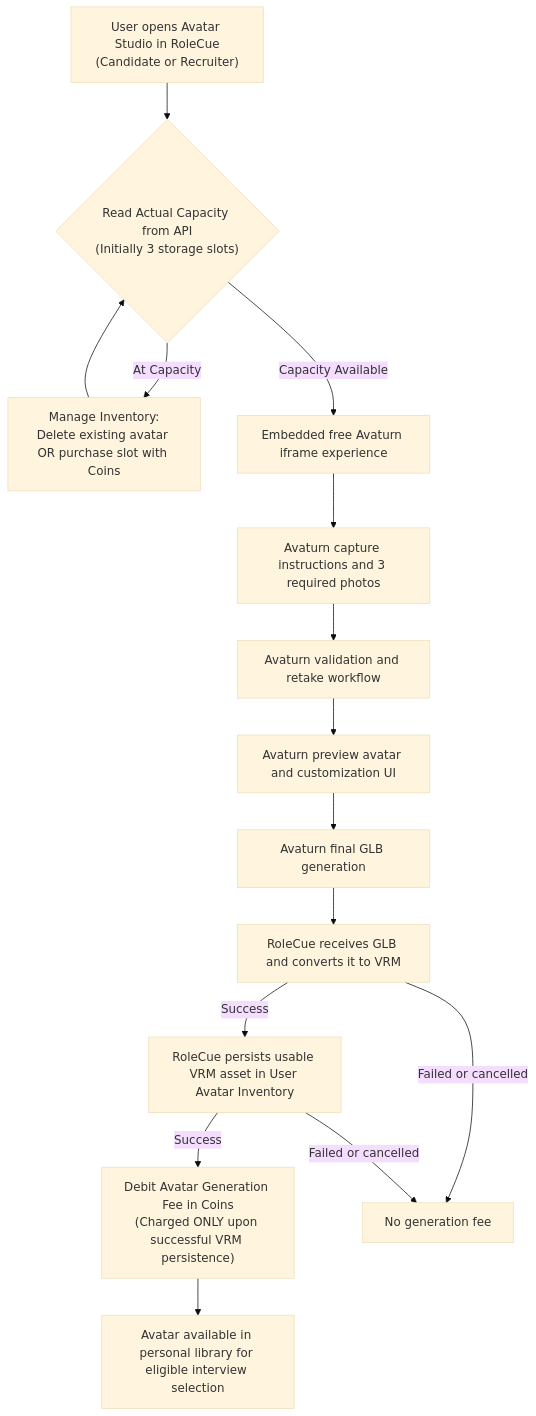
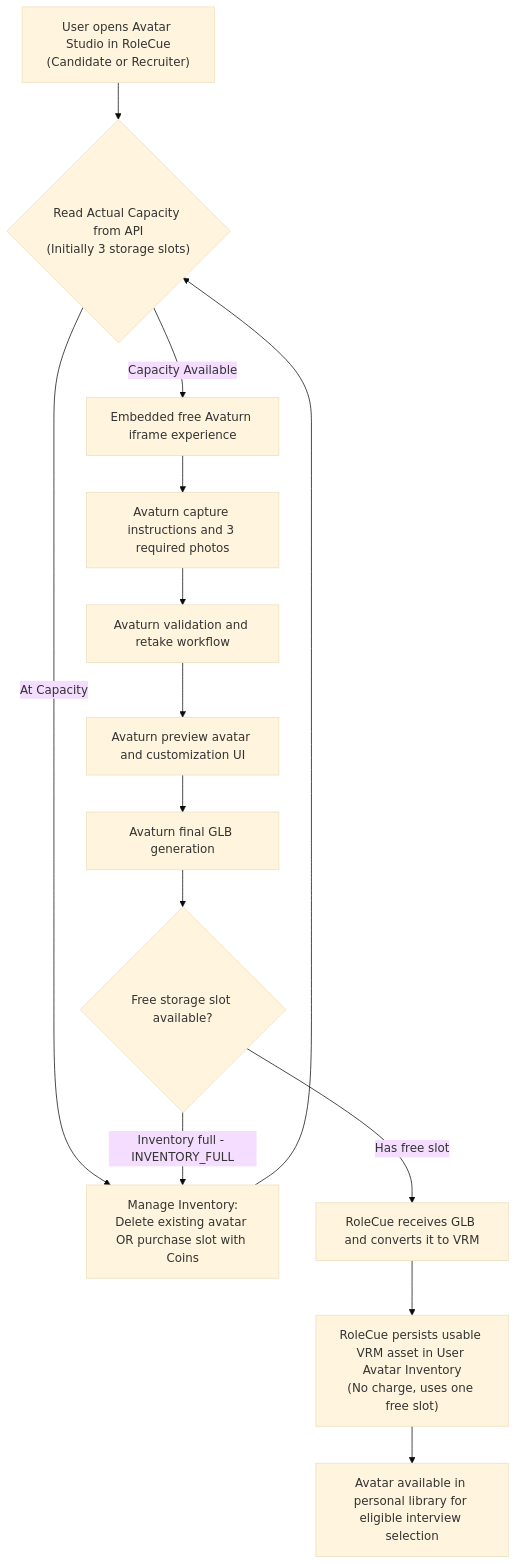
One commit to cog-forge/role-cue-brain changed the third of 3 diagrams in 00_Project/Core-Flows.md. Above: the diagram before and after it, drawn with Mermaid (base theme). The commit also changed other lines of this file and 10 other files, not shown here.

Commit message:
docs(brain): settle avatar charging as storage slots only

````diff
--- a/00_Project/Core-Flows.md
+++ b/00_Project/Core-Flows.md
@@ -266,19 +266,18 @@
 ```mermaid
 flowchart TD
     START["User opens Avatar Studio in RoleCue<br/>(Candidate or Recruiter)"] --> CAP_CHECK{"Read Actual Capacity from API<br/>(Initially 3 storage slots)"}
     CAP_CHECK -->|At Capacity| MANAGE["Manage Inventory:<br/>Delete existing avatar OR purchase slot with Coins"]
     MANAGE --> CAP_CHECK
     CAP_CHECK -->|Capacity Available| IFRAME["Embedded free Avaturn iframe experience"]
     
     IFRAME --> CAPTURE["Avaturn capture instructions and 3 required photos"]
     CAPTURE --> VALIDATE["Avaturn validation and retake workflow"]
     VALIDATE --> PREVIEW["Avaturn preview avatar and customization UI"]
     PREVIEW --> GLB["Avaturn final GLB generation"]
     
-    GLB --> CONVERT["RoleCue receives GLB and converts it to VRM"]
-    CONVERT -->|Success| PERSIST["RoleCue persists usable VRM asset in User Avatar Inventory"]
-    PERSIST -->|Success| CHARGE["Debit Avatar Generation Fee in Coins<br/>(Charged ONLY upon successful VRM persistence)"]
-    CONVERT -->|Failed or cancelled| NO_FEE["No generation fee"]
-    PERSIST -->|Failed or cancelled| NO_FEE
-    CHARGE --> READY["Avatar available in personal library for eligible interview selection"]
+    GLB --> SLOT_CHECK{"Free storage slot available?"}
+    SLOT_CHECK -->|Inventory full - INVENTORY_FULL| MANAGE
+    SLOT_CHECK -->|Has free slot| CONVERT["RoleCue receives GLB and converts it to VRM"]
+    CONVERT --> PERSIST["RoleCue persists usable VRM asset in User Avatar Inventory<br/>(No charge, uses one free slot)"]
+    PERSIST --> READY["Avatar available in personal library for eligible interview selection"]
 ```
````
